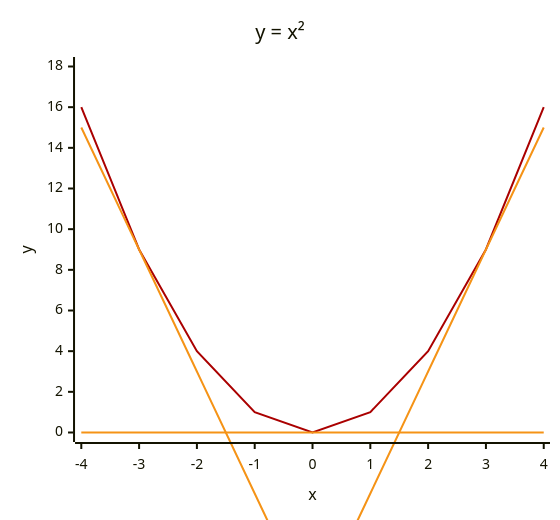
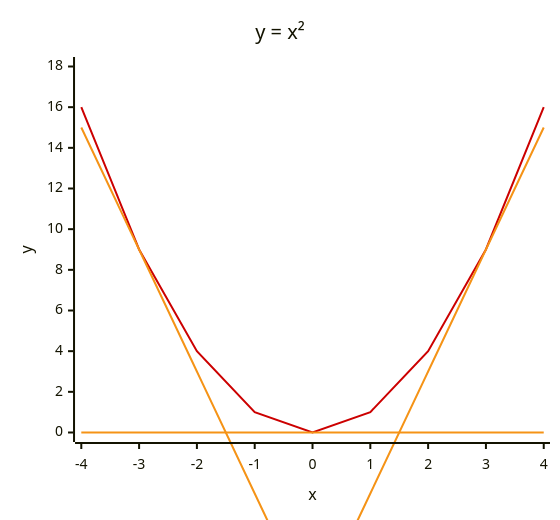
One commit to alexandrehtrb/alexandrehtrb.github.io changed the second of 3 diagrams in src/posts/2025/03/metodo-dos-minimos-quadrados-com-programacao-funcional.md. Above: the diagram before and after it, drawn with Mermaid. The commit also changed other lines of this file and 1 other file, not shown here.

````diff
--- a/src/posts/2025/03/metodo-dos-minimos-quadrados-com-programacao-funcional.md
+++ b/src/posts/2025/03/metodo-dos-minimos-quadrados-com-programacao-funcional.md
@@ -79,20 +79,20 @@
 ```mermaid
 ---
 config:
     xyChart:
         width: 540
     themeVariables:
         xyChart:
             backgroundColor: "#00000000"
-            plotColorPalette: "#A00, #f59316, #f59316, #f59316"
+            plotColorPalette: "#CC0000, #f59316, #f59316, #f59316"
 ---
 xychart-beta
     title "y = x²"
     x-axis "x" -4 --> 4
     y-axis "y" 0 --> 18
     line [16,9,4,1,0,1,4,9,16]
 	line [15,9,3,-3,-9,-15,-21,-27,-33]
     line [0,0,0,0,0,0,0,0,0]
     line [-33,-27,-21,-15,-9,-3,3,9,15]
 
 ```
````
